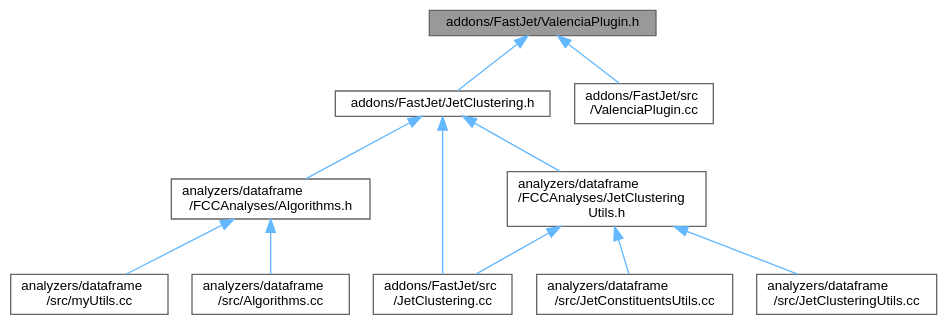
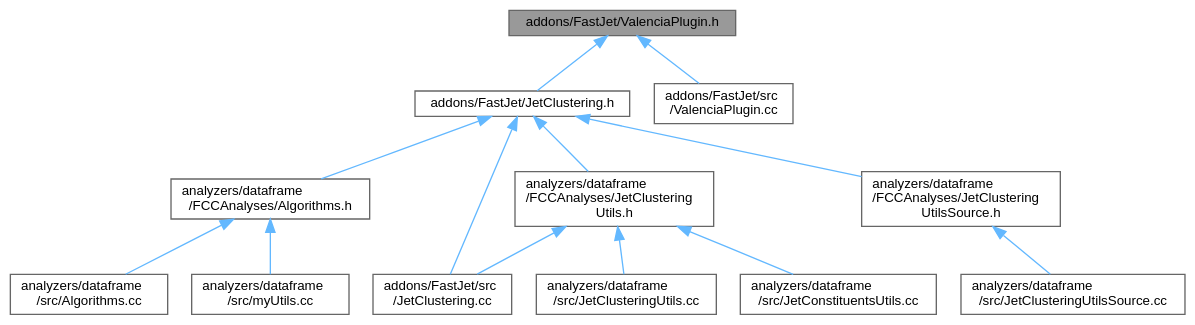
Before and after one commit to FCC-LLP/FCCAnalyses: the diagram in doc/latest/ValenciaPlugin_8h__dep__incl.dot, drawn with Graphviz. The commit also changed 58 other files, not shown here.

```diff
--- a/doc/latest/ValenciaPlugin_8h__dep__incl.dot
+++ b/doc/latest/ValenciaPlugin_8h__dep__incl.dot
@@ -1,27 +1,31 @@
 digraph "addons/FastJet/ValenciaPlugin.h"
 {
  // LATEX_PDF_SIZE
   bgcolor="transparent";
   edge [fontname=Helvetica,fontsize=10,labelfontname=Helvetica,labelfontsize=10];
   node [fontname=Helvetica,fontsize=10,shape=box,height=0.2,width=0.4];
   Node1 [id="Node000001",label="addons/FastJet/ValenciaPlugin.h",height=0.2,width=0.4,color="gray40", fillcolor="grey60", style="filled", fontcolor="black",tooltip=" "];
   Node1 -> Node2 [id="edge1_Node000001_Node000002",dir="back",color="steelblue1",style="solid",tooltip=" "];
   Node2 [id="Node000002",label="addons/FastJet/JetClustering.h",height=0.2,width=0.4,color="grey40", fillcolor="white", style="filled",URL="$JetClustering_8h.html",tooltip=" "];
   Node2 -> Node3 [id="edge2_Node000002_Node000003",dir="back",color="steelblue1",style="solid",tooltip=" "];
   Node3 [id="Node000003",label="addons/FastJet/src\l/JetClustering.cc",height=0.2,width=0.4,color="grey40", fillcolor="white", style="filled",URL="$JetClustering_8cc.html",tooltip=" "];
   Node2 -> Node4 [id="edge3_Node000002_Node000004",dir="back",color="steelblue1",style="solid",tooltip=" "];
   Node4 [id="Node000004",label="analyzers/dataframe\l/FCCAnalyses/Algorithms.h",height=0.2,width=0.4,color="grey40", fillcolor="white", style="filled",URL="$Algorithms_8h.html",tooltip=" "];
   Node4 -> Node5 [id="edge4_Node000004_Node000005",dir="back",color="steelblue1",style="solid",tooltip=" "];
   Node5 [id="Node000005",label="analyzers/dataframe\l/src/Algorithms.cc",height=0.2,width=0.4,color="grey40", fillcolor="white", style="filled",URL="$Algorithms_8cc.html",tooltip=" "];
   Node4 -> Node6 [id="edge5_Node000004_Node000006",dir="back",color="steelblue1",style="solid",tooltip=" "];
   Node6 [id="Node000006",label="analyzers/dataframe\l/src/myUtils.cc",height=0.2,width=0.4,color="grey40", fillcolor="white", style="filled",URL="$myUtils_8cc.html",tooltip=" "];
   Node2 -> Node7 [id="edge6_Node000002_Node000007",dir="back",color="steelblue1",style="solid",tooltip=" "];
   Node7 [id="Node000007",label="analyzers/dataframe\l/FCCAnalyses/JetClustering\lUtils.h",height=0.2,width=0.4,color="grey40", fillcolor="white", style="filled",URL="$JetClusteringUtils_8h.html",tooltip=" "];
   Node7 -> Node3 [id="edge7_Node000007_Node000003",dir="back",color="steelblue1",style="solid",tooltip=" "];
   Node7 -> Node8 [id="edge8_Node000007_Node000008",dir="back",color="steelblue1",style="solid",tooltip=" "];
   Node8 [id="Node000008",label="analyzers/dataframe\l/src/JetClusteringUtils.cc",height=0.2,width=0.4,color="grey40", fillcolor="white", style="filled",URL="$JetClusteringUtils_8cc.html",tooltip=" "];
   Node7 -> Node9 [id="edge9_Node000007_Node000009",dir="back",color="steelblue1",style="solid",tooltip=" "];
   Node9 [id="Node000009",label="analyzers/dataframe\l/src/JetConstituentsUtils.cc",height=0.2,width=0.4,color="grey40", fillcolor="white", style="filled",URL="$JetConstituentsUtils_8cc.html",tooltip=" "];
-  Node1 -> Node10 [id="edge10_Node000001_Node000010",dir="back",color="steelblue1",style="solid",tooltip=" "];
-  Node10 [id="Node000010",label="addons/FastJet/src\l/ValenciaPlugin.cc",height=0.2,width=0.4,color="grey40", fillcolor="white", style="filled",URL="$ValenciaPlugin_8cc.html",tooltip=" "];
+  Node2 -> Node10 [id="edge10_Node000002_Node000010",dir="back",color="steelblue1",style="solid",tooltip=" "];
+  Node10 [id="Node000010",label="analyzers/dataframe\l/FCCAnalyses/JetClustering\lUtilsSource.h",height=0.2,width=0.4,color="grey40", fillcolor="white", style="filled",URL="$JetClusteringUtilsSource_8h.html",tooltip=" "];
+  Node10 -> Node11 [id="edge11_Node000010_Node000011",dir="back",color="steelblue1",style="solid",tooltip=" "];
+  Node11 [id="Node000011",label="analyzers/dataframe\l/src/JetClusteringUtilsSource.cc",height=0.2,width=0.4,color="grey40", fillcolor="white", style="filled",URL="$JetClusteringUtilsSource_8cc.html",tooltip=" "];
+  Node1 -> Node12 [id="edge12_Node000001_Node000012",dir="back",color="steelblue1",style="solid",tooltip=" "];
+  Node12 [id="Node000012",label="addons/FastJet/src\l/ValenciaPlugin.cc",height=0.2,width=0.4,color="grey40", fillcolor="white", style="filled",URL="$ValenciaPlugin_8cc.html",tooltip=" "];
 }
```
